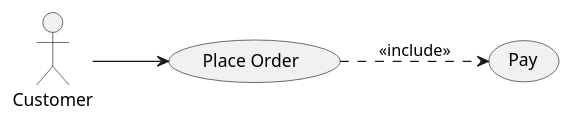
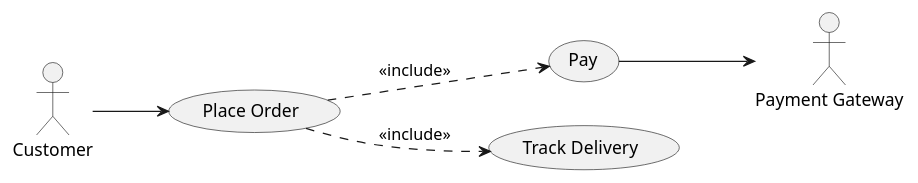
Before and after one commit to kieranpotts/cheats: the first of 2 diagrams in src/uml/use-case-diagrams.adoc, drawn with PlantUML. The commit also changed other lines of this file and 14 other files, not shown here.

Commit message:
edit: extended uml cheats

```diff
--- a/src/uml/use-case-diagrams.adoc
+++ b/src/uml/use-case-diagrams.adoc
@@ -19,10 +74,14 @@
 [plantuml]
 ....
 left to right direction
 actor Customer
+actor "Payment Gateway" as pg
 usecase "Place Order" as place
 usecase "Pay" as pay
+usecase "Track Delivery" as track
 
 Customer --> place
 place ..> pay : <<include>>
+place ..> track : <<include>>
+pay --> pg
 ....
```
